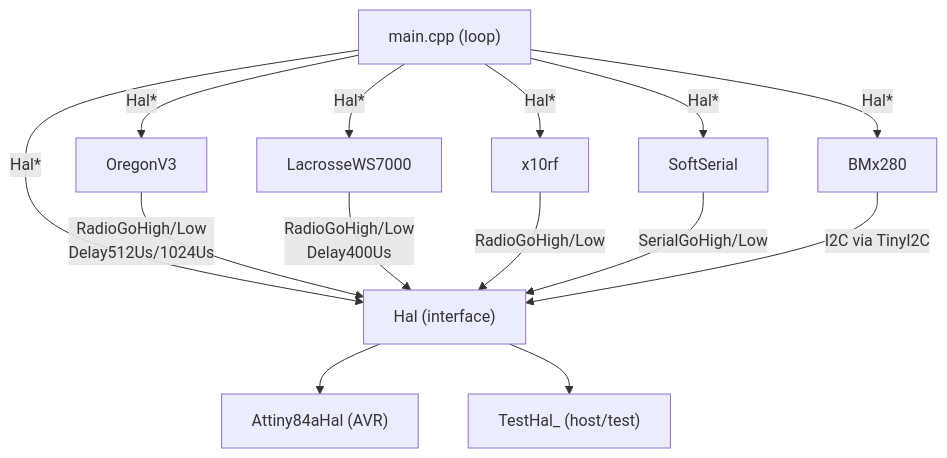
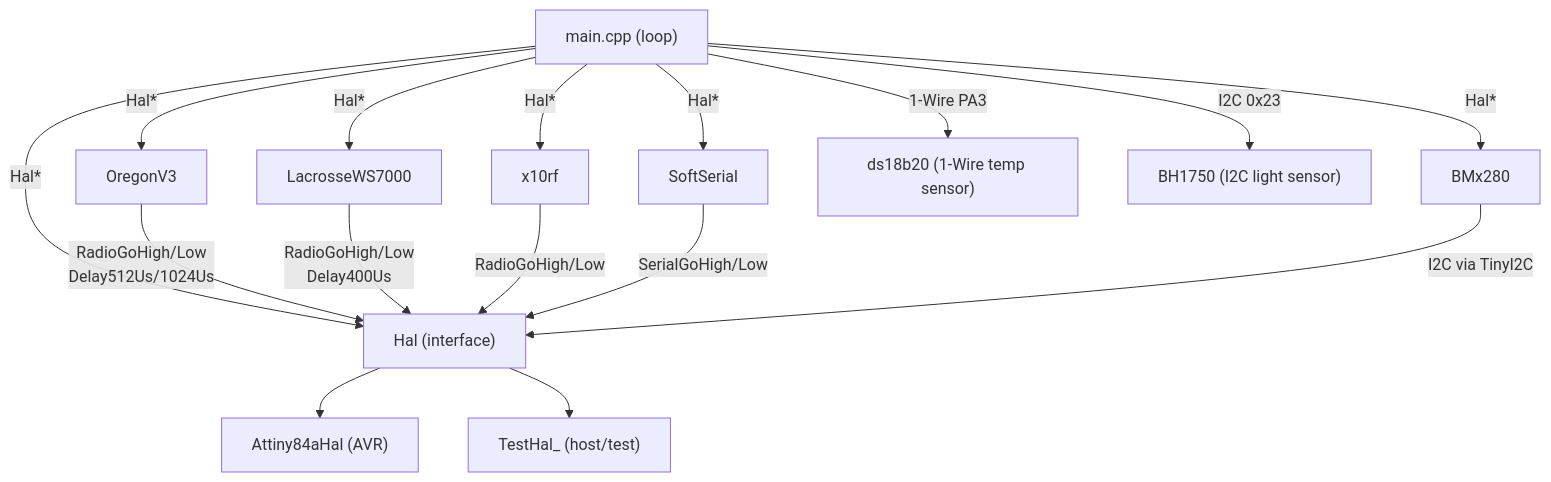
Before and after one commit to arcadien/tinySensor: the diagram in docs/architecture.md, drawn with Mermaid. The commit also changed other lines of this file and 1 other file, not shown here.

First line of the commit message:
arch(TECH-HAL-001): fix V2/V3/V4 architectural violations

````diff
--- a/docs/architecture.md
+++ b/docs/architecture.md
@@ -7,18 +7,20 @@
 ```mermaid
 graph TD
   main["main.cpp (loop)"] -->|Hal*| HAL
   main -->|Hal*| OregonV3
   main -->|Hal*| LacrosseWS7000
   main -->|Hal*| x10rf
   main -->|Hal*| BMx280
   main -->|Hal*| SoftSerial
+  main -->|"1-Wire PA3"| ds18b20["ds18b20 (1-Wire temp sensor)"]
+  main -->|"I2C 0x23"| BH1750["BH1750 (I2C light sensor)"]
 
   HAL["Hal (interface)"] --> Attiny84aHal["Attiny84aHal (AVR)"]
   HAL --> TestHal["TestHal_ (host/test)"]
 
   OregonV3 -->|RadioGoHigh/Low\nDelay512Us/1024Us| HAL
   LacrosseWS7000 -->|RadioGoHigh/Low\nDelay400Us| HAL
   x10rf -->|RadioGoHigh/Low| HAL
   SoftSerial -->|SerialGoHigh/Low| HAL
   BMx280 -->|I2C via TinyI2C| HAL
 ```
````
